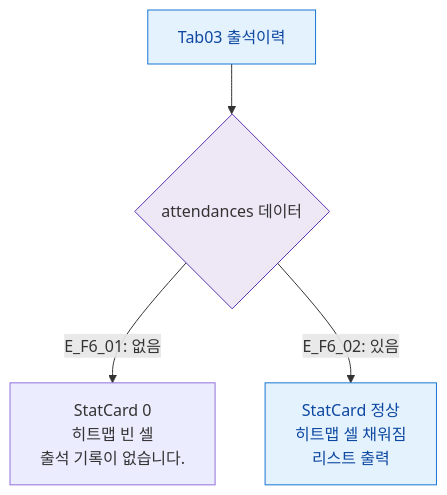
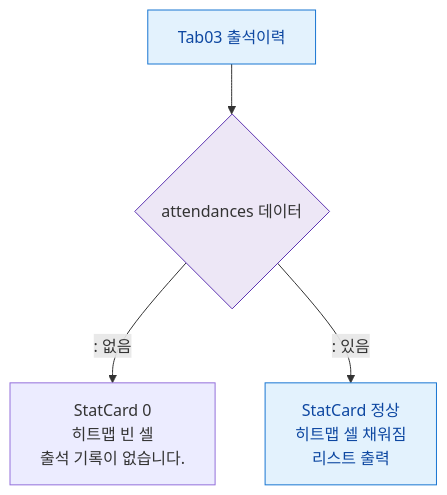
The diagram in docs/다이어그램/D02_회원관리/SCR-M004_회원상세/Tab03_출석이력/F6_상태별.md (dev-spogym/admin-pando), drawn with Mermaid before and after one commit. The commit also changed other lines of this file and 1660 other files, not shown here.

First line of the commit message:
다이어그램: 기획자/클라이언트 납품본으로 정리

````diff
--- a/docs/다이어그램/D02_회원관리/SCR-M004_회원상세/Tab03_출석이력/F6_상태별.md
+++ b/docs/다이어그램/D02_회원관리/SCR-M004_회원상세/Tab03_출석이력/F6_상태별.md
@@ -22,11 +20,11 @@
 ```mermaid
 flowchart TD
   TAB[Tab03 출석이력] --> DATA{attendances 데이터}
-  DATA -->|"E_F6_01: 없음"| EMPTY[StatCard 0\n히트맵 빈 셀\n출석 기록이 없습니다.]
-  DATA -->|"E_F6_02: 있음"| NORMAL[StatCard 정상\n히트맵 셀 채워짐\n리스트 출력]
+  DATA -->|": 없음"|EMPTY[StatCard 0\n히트맵 빈 셀\n출석 기록이 없습니다.]
+  DATA -->|": 있음"|NORMAL[StatCard 정상\n히트맵 셀 채워짐\n리스트 출력]
 
   classDef screen fill:#E3F2FD,stroke:#1976D2,color:#0D47A1
   classDef system fill:#EDE7F6,stroke:#5E35B2
   class TAB,NORMAL screen
   class DATA system
 ```
````
